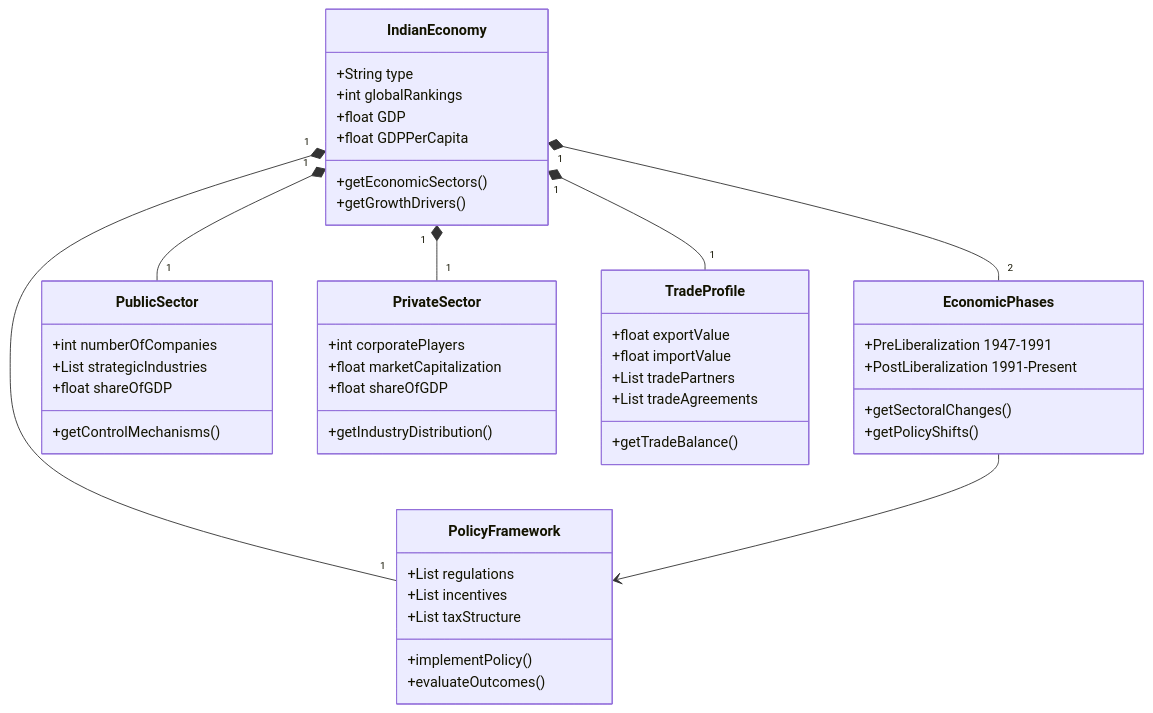
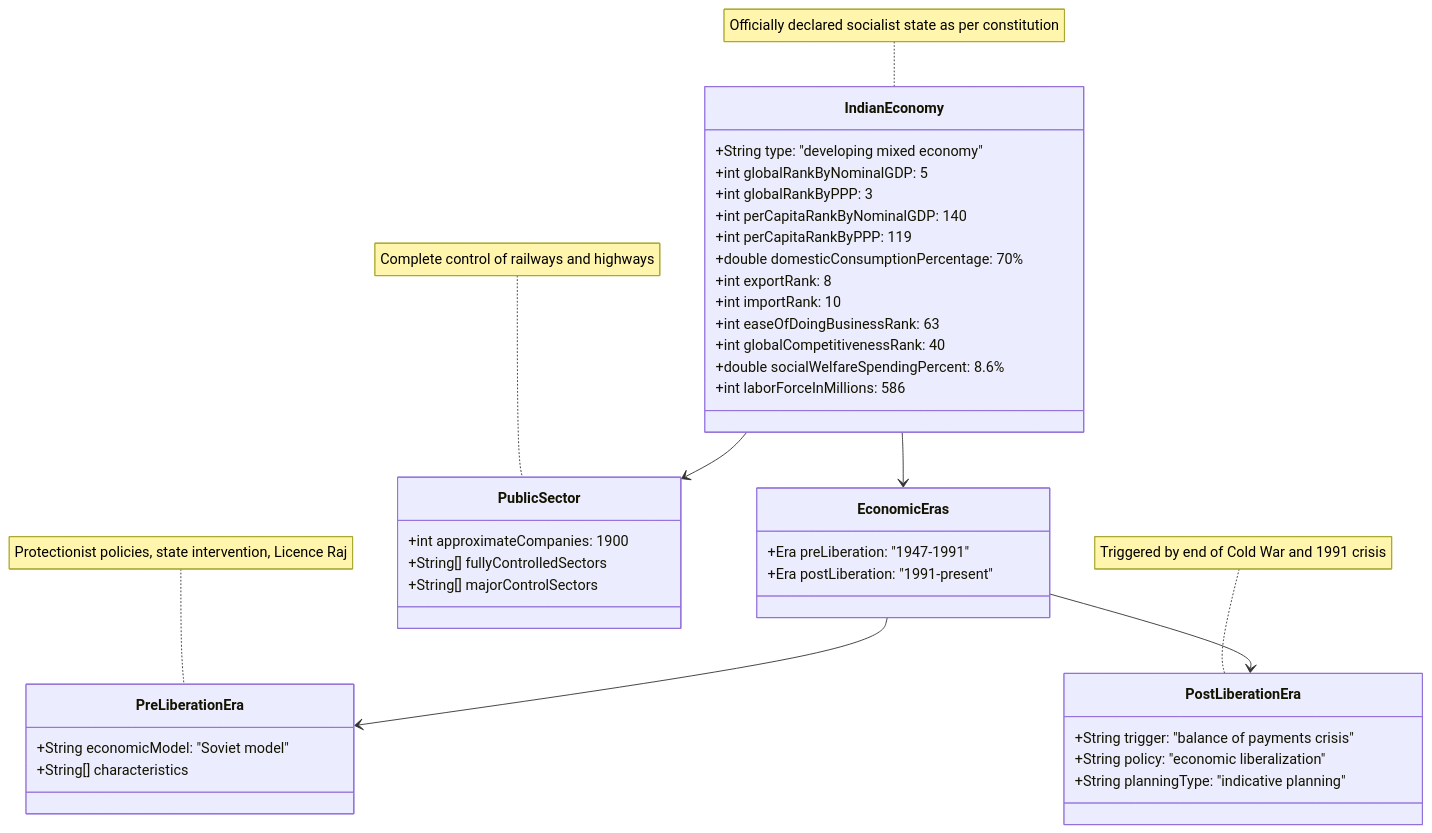
One commit to isauravmanitripathi/Animate-Mermaid-Chart changed the diagram in temp-charts/mmd-images/image_6.mmd. Above: the diagram before and after it, drawn with Mermaid. The commit also changed 15 other files, not shown here.

```diff
--- a/temp-charts/mmd-images/image_6.mmd
+++ b/temp-charts/mmd-images/image_6.mmd
@@ -1,53 +1,46 @@
 classDiagram
     class IndianEconomy {
-        +String type
-        +int globalRankings
-        +float GDP
-        +float GDPPerCapita
-        +getEconomicSectors()
-        +getGrowthDrivers()
+        +String type: "developing mixed economy"
+        +int globalRankByNominalGDP: 5
+        +int globalRankByPPP: 3
+        +int perCapitaRankByNominalGDP: 140
+        +int perCapitaRankByPPP: 119
+        +double domesticConsumptionPercentage: 70%
+        +int exportRank: 8
+        +int importRank: 10
+        +int easeOfDoingBusinessRank: 63
+        +int globalCompetitivenessRank: 40
+        +double socialWelfareSpendingPercent: 8.6%
+        +int laborForceInMillions: 586
     }
-    
-    class EconomicPhases {
-        +PreLiberalization 1947-1991
-        +PostLiberalization 1991-Present
-        +getSectoralChanges()
-        +getPolicyShifts()
+    note for IndianEconomy "Officially declared socialist state as per constitution"
+
+    class EconomicEras {
+        +Era preLiberation: "1947-1991"
+        +Era postLiberation: "1991-present"
     }
-    
-    class PolicyFramework {
-        +List regulations
-        +List incentives
-        +List taxStructure
-        +implementPolicy()
-        +evaluateOutcomes()
+
+    class PreLiberationEra {
+        +String economicModel: "Soviet model"
+        +String[] characteristics
     }
-    
+    note for PreLiberationEra "Protectionist policies, state intervention, Licence Raj"
+
+    class PostLiberationEra {
+        +String trigger: "balance of payments crisis"
+        +String policy: "economic liberalization"
+        +String planningType: "indicative planning"
+    }
+    note for PostLiberationEra "Triggered by end of Cold War and 1991 crisis"
+
     class PublicSector {
-        +int numberOfCompanies
-        +List strategicIndustries
-        +float shareOfGDP
-        +getControlMechanisms()
+        +int approximateCompanies: 1900
+        +String[] fullyControlledSectors
+        +String[] majorControlSectors
     }
-    
-    class PrivateSector {
-        +int corporatePlayers
-        +float marketCapitalization
-        +float shareOfGDP
-        +getIndustryDistribution()
-    }
-    
-    class TradeProfile {
-        +float exportValue
-        +float importValue
-        +List tradePartners
-        +List tradeAgreements
-        +getTradeBalance()
-    }
-    
-    IndianEconomy "1" *-- "2" EconomicPhases
-    IndianEconomy "1" *-- "1" PolicyFramework
-    IndianEconomy "1" *-- "1" PublicSector
-    IndianEconomy "1" *-- "1" PrivateSector
-    IndianEconomy "1" *-- "1" TradeProfile
-    EconomicPhases --> PolicyFramework
+    note for PublicSector "Complete control of railways and highways"
+
+    IndianEconomy --> EconomicEras
+    EconomicEras --> PreLiberationEra
+    EconomicEras --> PostLiberationEra
+    IndianEconomy --> PublicSector
```
